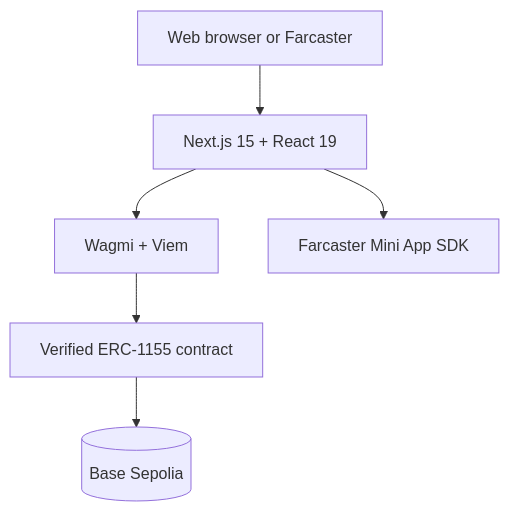
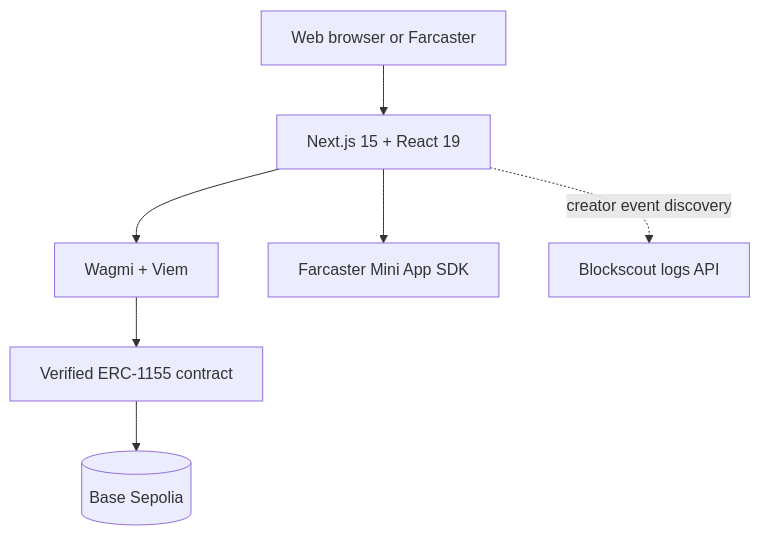
One commit to 0x94t3z/onchain-poaps-studio changed the second of 2 diagrams in README.md. Above: the diagram before and after it, drawn with Mermaid. The commit also changed other lines of this file and 7 other files, not shown here.

````diff
--- a/README.md
+++ b/README.md
@@ -86,8 +86,9 @@
 ```mermaid
 flowchart TB
     U[Web browser or Farcaster] --> N[Next.js 15 + React 19]
     N --> W[Wagmi + Viem]
     N --> M[Farcaster Mini App SDK]
+    N -. creator event discovery .-> I[Blockscout logs API]
     W --> C[Verified ERC-1155 contract]
     C --> B[(Base Sepolia)]
 ```
````
